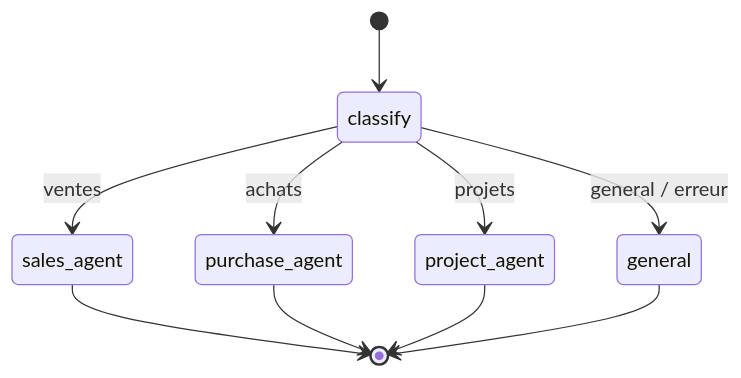
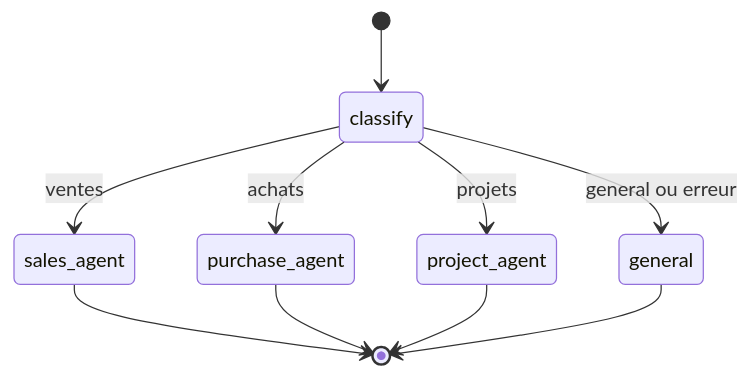
One commit to achraaflaamari/odoo_copilot changed the second of 4 diagrams in docs/architecture.md. Above: the diagram before and after it, drawn with Mermaid. The commit also changed other lines of this file and 11 other files, not shown here.

````diff
--- a/docs/architecture.md
+++ b/docs/architecture.md
@@ -61,12 +49,12 @@
 ```mermaid
 stateDiagram-v2
     [*] --> classify
     classify --> sales_agent : ventes
     classify --> purchase_agent : achats
     classify --> project_agent : projets
-    classify --> general : general / erreur
+    classify --> general : general ou erreur
     sales_agent --> [*]
     purchase_agent --> [*]
     project_agent --> [*]
     general --> [*]
 ```
````
